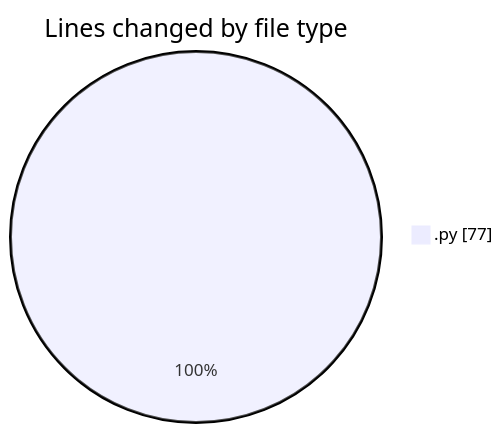
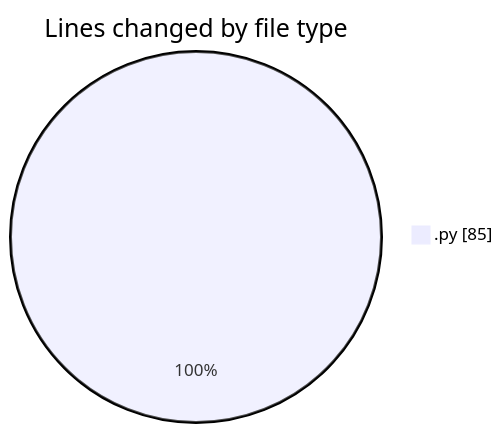
One commit to julien-gomy/code-tracking changed the first of 2 diagrams in 2025-11-23/eventscop-api-guide__workspace_/README.md. Above: the diagram before and after it, drawn with Mermaid. The commit also changed other lines of this file and 1 other file, not shown here.

````diff
--- a/2025-11-23/eventscop-api-guide__workspace_/README.md
+++ b/2025-11-23/eventscop-api-guide__workspace_/README.md
@@ -21,5 +21,5 @@
 ```mermaid
 pie showData
 title Lines changed by file type
-".py" : 77
+".py" : 85
 ```
````
